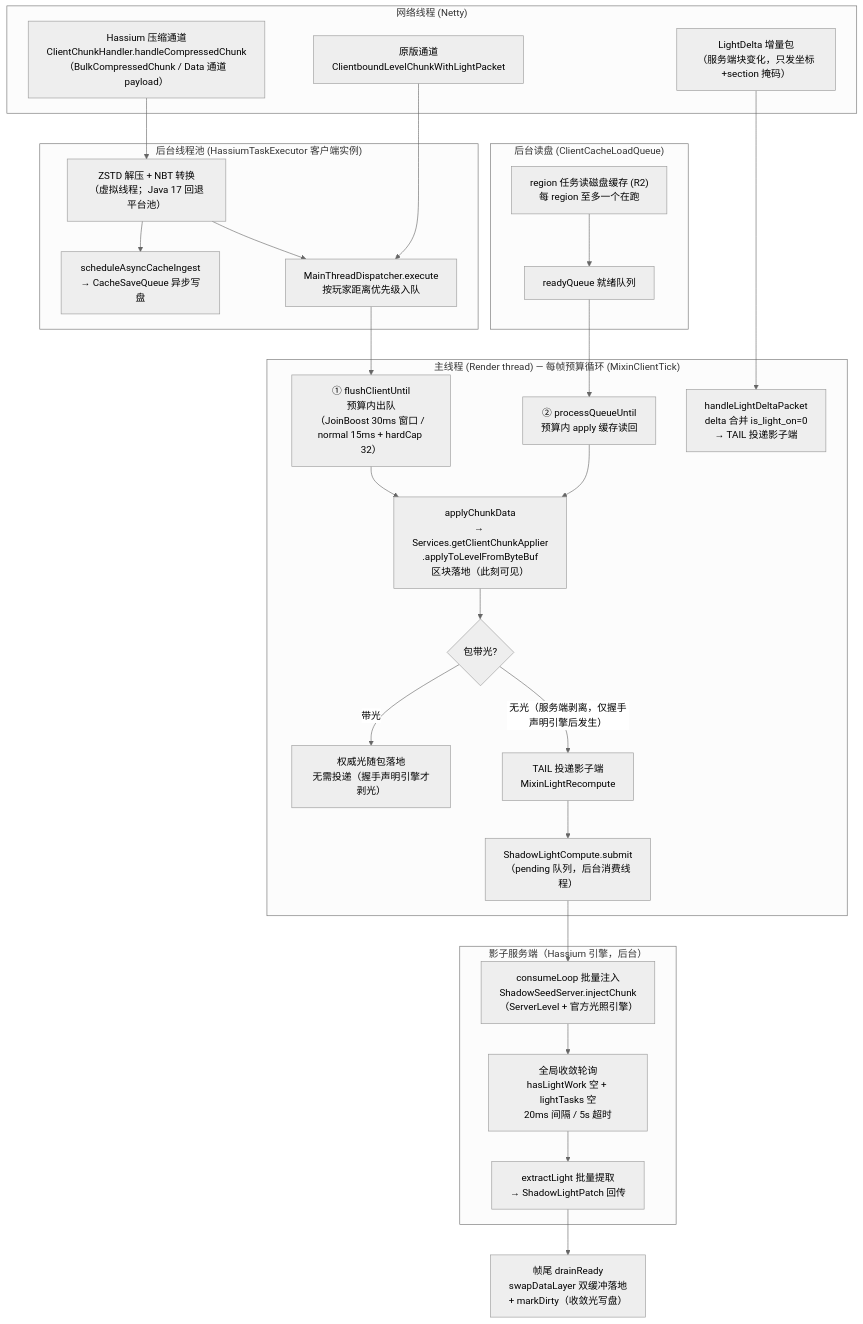
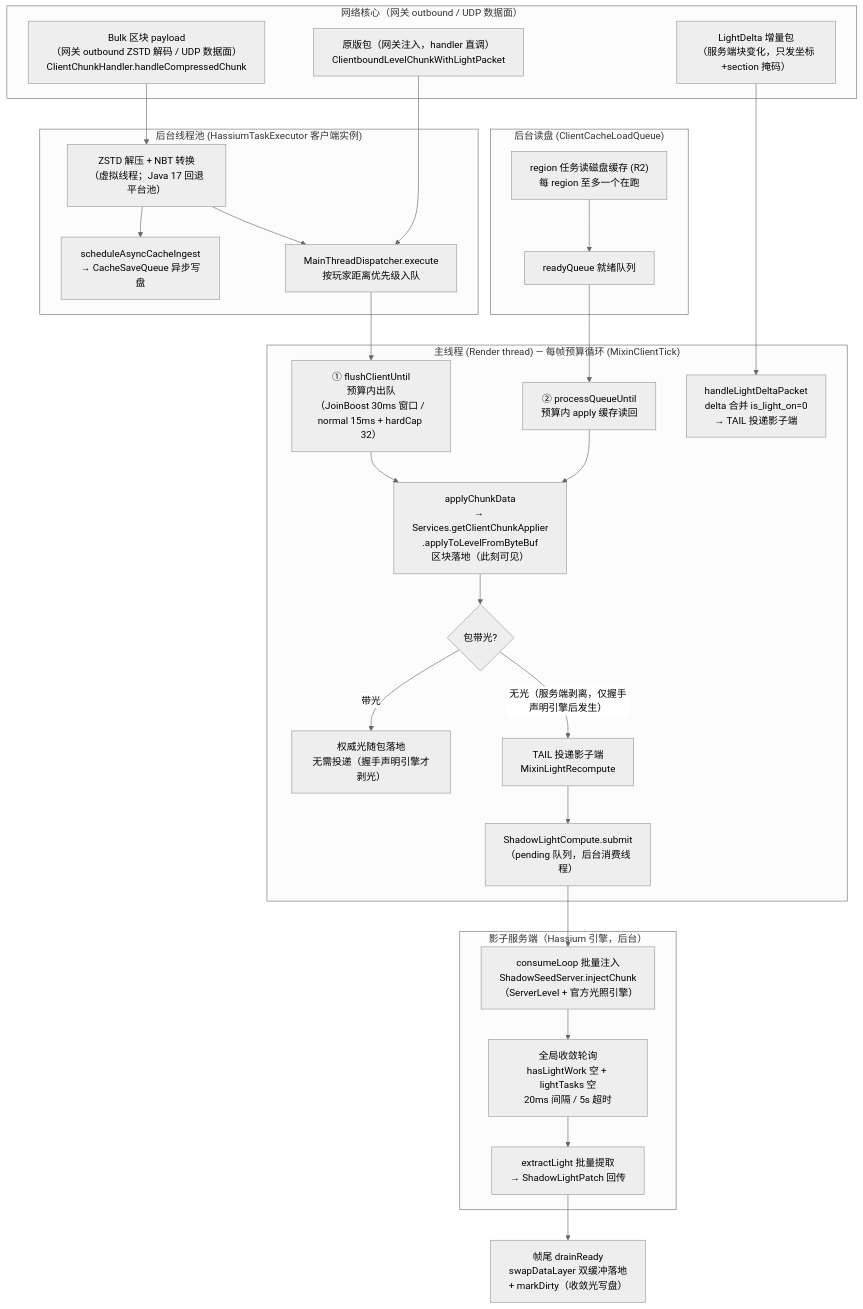
The diagram in docs/client-chunk-light-flow.md (limuqy/Hassium), drawn with Mermaid (neutral theme) before and after one commit. The commit also changed other lines of this file and 7 other files, not shown here.

Commit message:
docs: align network and chunk docs with 2.0.0 three-core architecture

````diff
--- a/docs/client-chunk-light-flow.md
+++ b/docs/client-chunk-light-flow.md
@@ -15,51 +17,51 @@
 ```mermaid
 flowchart TD
-    subgraph NET["网络线程 (Netty)"]
-        A["Hassium 压缩通道<br/>ClientChunkHandler.handleCompressedChunk<br/>（BulkCompressedChunk / Data 通道 payload）"]
-        B["原版通道<br/>ClientboundLevelChunkWithLightPacket"]
+    subgraph GW["网络核心（网关 outbound / UDP 数据面）"]
+        A["Bulk 区块 payload<br/>（网关 outbound ZSTD 解码 / UDP 数据面）<br/>ClientChunkHandler.handleCompressedChunk"]
+        B["原版包（网关注入，handler 直调）<br/>ClientboundLevelChunkWithLightPacket"]
         C["LightDelta 增量包<br/>（服务端块变化，只发坐标+section 掩码）"]
     end
 
     subgraph BG["后台线程池 (HassiumTaskExecutor 客户端实例)"]
         D["ZSTD 解压 + NBT 转换<br/>（虚拟线程；Java 17 回退平台池）"]
         E["scheduleAsyncCacheIngest<br/>→ CacheSaveQueue 异步写盘"]
         F["MainThreadDispatcher.execute<br/>按玩家距离优先级入队"]
     end
 
     subgraph BG2["后台读盘 (ClientCacheLoadQueue)"]
         U["region 任务读磁盘缓存 (R2)<br/>每 region 至多一个在跑"]
         V["readyQueue 就绪队列"]
     end
 
     subgraph MAIN["主线程 (Render thread) — 每帧预算循环 (MixinClientTick)"]
         G["① flushClientUntil<br/>预算内出队<br/>（JoinBoost 30ms 窗口 / normal 15ms + hardCap 32）"]
         G2["② processQueueUntil<br/>预算内 apply 缓存读回"]
         H["applyChunkData<br/>→ Services.getClientChunkApplier<br/>.applyToLevelFromByteBuf<br/>区块落地（此刻可见）"]
         I{"包带光?"}
         J["权威光随包落地<br/>无需投递（握手声明引擎才剥光）"]
         K["TAIL 投递影子端<br/>MixinLightRecompute"]
         K2["ShadowLightCompute.submit<br/>（pending 队列，后台消费线程）"]
         P["handleLightDeltaPacket<br/>delta 合并 is_light_on=0<br/>→ TAIL 投递影子端"]
     end
 
     subgraph SHADOW["影子服务端（Hassium 引擎，后台）"]
         Q["consumeLoop 批量注入<br/>ShadowSeedServer.injectChunk<br/>（ServerLevel + 官方光照引擎）"]
         R["全局收敛轮询<br/>hasLightWork 空 + lightTasks 空<br/>20ms 间隔 / 5s 超时"]
         S["extractLight 批量提取<br/>→ ShadowLightPatch 回传"]
     end
 
     A --> D --> E
     D --> F
     B --> F
     U --> V
     F --> G
     V --> G2
     G --> H
     G2 --> H
     H --> I
     I -- "带光" --> J
     I -- "无光（服务端剥离，仅握手声明引擎后发生）" --> K
     K --> K2 --> Q --> R --> S
     C --> P
     S --> T["帧尾 drainReady<br/>swapDataLayer 双缓冲落地<br/>+ markDirty（收敛光写盘）"]
 ```
````
